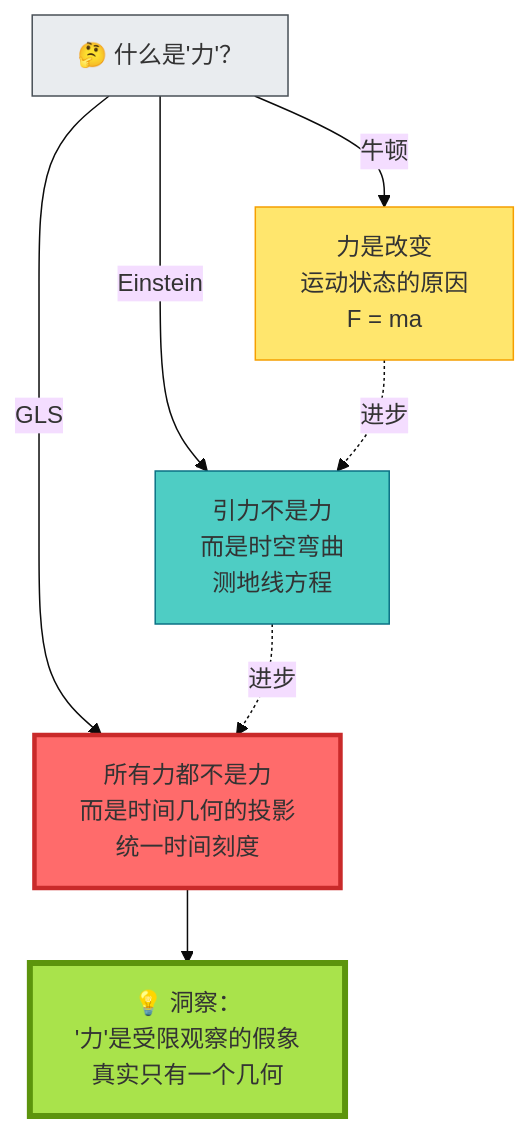
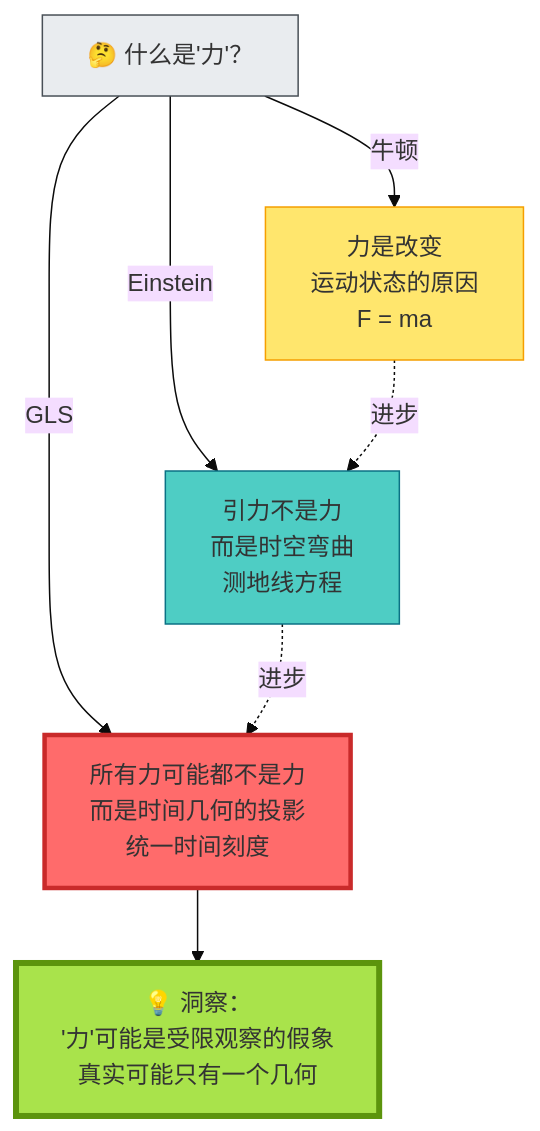
Before and after one commit to loning/zeckendorf-hilbert: diagram 13 of 14 in docs/euler-article/gls-union/05-unified-time/09-time-geometry-interaction.md, drawn with Mermaid (base theme). The commit also changed other lines of this file and 111 other files, not shown here.

````diff
--- a/docs/euler-article/gls-union/05-unified-time/09-time-geometry-interaction.md
+++ b/docs/euler-article/gls-union/05-unified-time/09-time-geometry-interaction.md
@@ -462,19 +462,19 @@
 ```mermaid
 graph TB
     Question["🤔 什么是'力'？"]
 
     Question -->|牛顿| Newton["力是改变<br/>运动状态的原因<br/>F = ma"]
     Question -->|Einstein| Einstein["引力不是力<br/>而是时空弯曲<br/>测地线方程"]
-    Question -->|GLS| GLS["所有力都不是力<br/>而是时间几何的投影<br/>统一时间刻度"]
+    Question -->|GLS| GLS["所有力可能都不是力<br/>而是时间几何的投影<br/>统一时间刻度"]
 
     Newton -.->|进步| Einstein
     Einstein -.->|进步| GLS
 
-    GLS --> Insight["💡 洞察：<br/>'力'是受限观察的假象<br/>真实只有一个几何"]
+    GLS --> Insight["💡 洞察：<br/>'力'可能是受限观察的假象<br/>真实可能只有一个几何"]
 
     style Question fill:#e9ecef,stroke:#495057
     style Newton fill:#ffe66d,stroke:#f59f00
     style Einstein fill:#4ecdc4,stroke:#0b7285
     style GLS fill:#ff6b6b,stroke:#c92a2a,stroke-width:3px
     style Insight fill:#a9e34b,stroke:#5c940d,stroke-width:4px
 ```
````
